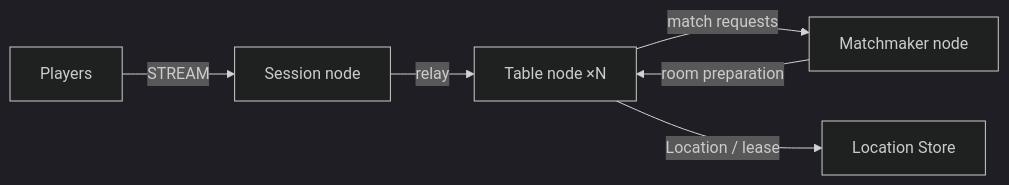
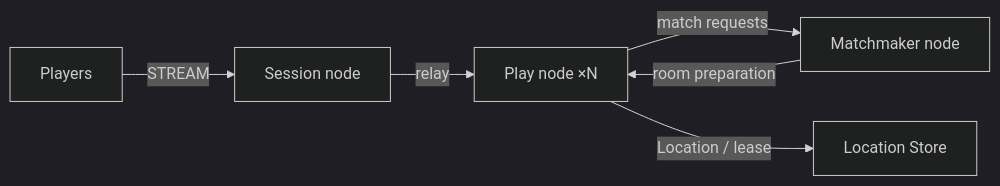
Before and after one commit to zlink-systems/zlink: the diagram in framework/languages/java/templates/java/board-tables/my-game/README.md, drawn with Mermaid (dark theme). The commit also changed other lines of this file and 27 other files, not shown here.

````diff
--- a/framework/languages/java/templates/java/board-tables/my-game/README.md
+++ b/framework/languages/java/templates/java/board-tables/my-game/README.md
@@ -5,8 +5,8 @@
 ```mermaid
 flowchart LR
   players[Players] -->|STREAM| session[Session node]
-  session -->|relay| tables[Table node ×N]
+  session -->|relay| tables[Play node ×N]
   tables -->|match requests| matchmaker[Matchmaker node]
   matchmaker -->|room preparation| tables
   tables -->|Location / lease| location[Location Store]
 ```
````
